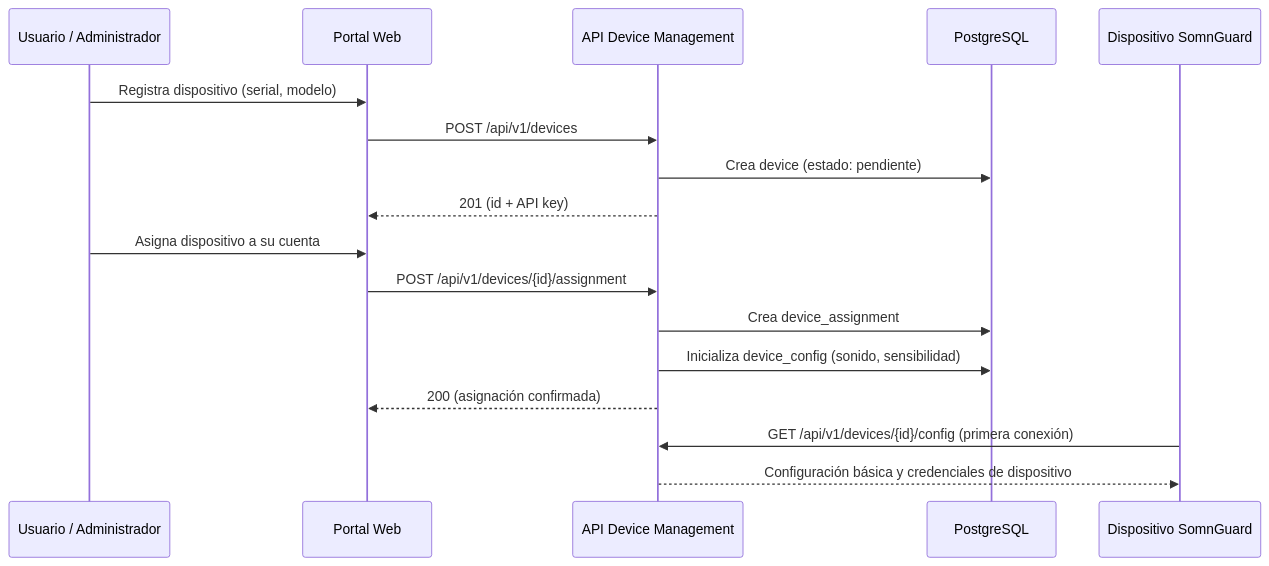
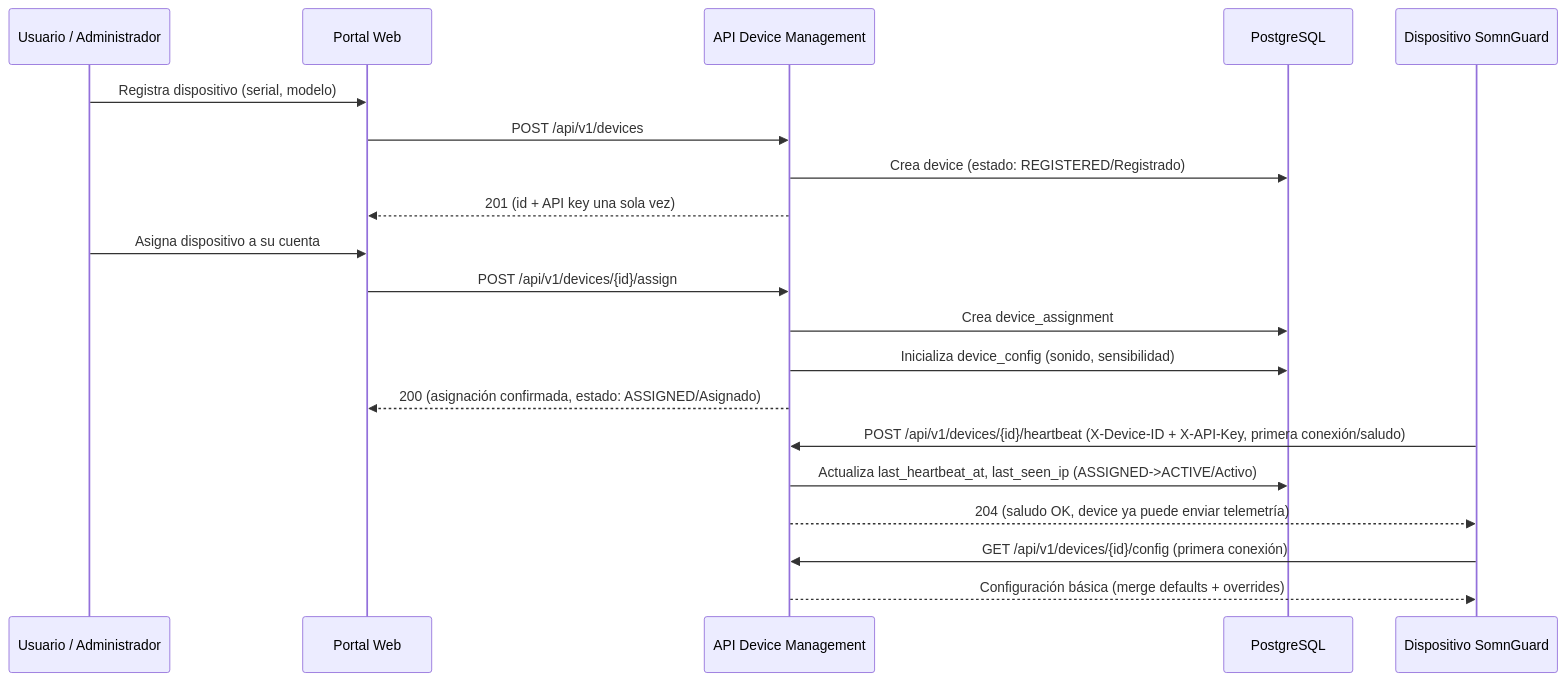
One commit to SomnGuard/somnguard-docs changed the diagram in docs/08-uml/diagrams/source/sd-device-registration.mmd. Above: the diagram before and after it, drawn with Mermaid. The commit also changed 57 other files, not shown here.

First line of the commit message:
docs(all): fix device-api contracts, broken links, duplicate ids, rename folder, apply license

```diff
--- a/docs/08-uml/diagrams/source/sd-device-registration.mmd
+++ b/docs/08-uml/diagrams/source/sd-device-registration.mmd
@@ -1,19 +1,22 @@
 sequenceDiagram
     participant ADM as Usuario / Administrador
     participant WEB as Portal Web
     participant API as API Device Management
     participant DB as PostgreSQL
     participant DEV as Dispositivo SomnGuard
 
     ADM->>WEB: Registra dispositivo (serial, modelo)
     WEB->>API: POST /api/v1/devices
-    API->>DB: Crea device (estado: pendiente)
-    API-->>WEB: 201 (id + API key)
+    API->>DB: Crea device (estado: REGISTERED/Registrado)
+    API-->>WEB: 201 (id + API key una sola vez)
     ADM->>WEB: Asigna dispositivo a su cuenta
-    WEB->>API: POST /api/v1/devices/{id}/assignment
+    WEB->>API: POST /api/v1/devices/{id}/assign
     API->>DB: Crea device_assignment
     API->>DB: Inicializa device_config (sonido, sensibilidad)
-    API-->>WEB: 200 (asignación confirmada)
+    API-->>WEB: 200 (asignación confirmada, estado: ASSIGNED/Asignado)
 
+    DEV->>API: POST /api/v1/devices/{id}/heartbeat (X-Device-ID + X-API-Key, primera conexión/saludo)
+    API->>DB: Actualiza last_heartbeat_at, last_seen_ip (ASSIGNED->ACTIVE/Activo)
+    API-->>DEV: 204 (saludo OK, device ya puede enviar telemetría)
     DEV->>API: GET /api/v1/devices/{id}/config (primera conexión)
-    API-->>DEV: Configuración básica y credenciales de dispositivo
+    API-->>DEV: Configuración básica (merge defaults + overrides)
```
